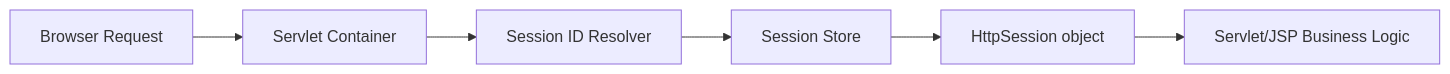
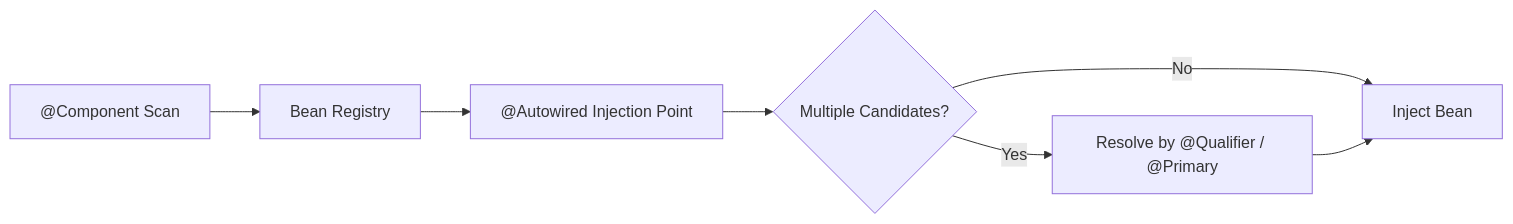
The diagram in lectures/lecture-28.qmd (prashantnag/webtech2025.classes.prashantnag.com), drawn with Mermaid before and after one commit. The commit also changed other lines of this file and 335 other files, not shown here.

````diff
--- a/lectures/lecture-28.qmd
+++ b/lectures/lecture-28.qmd
@@ -88,9 +627,9 @@
 ```{mermaid}
-%%| fig-height: 4.0
 flowchart LR
-  A[Browser Request] --> B[Servlet Container]
-  B --> C[Session ID Resolver]
-  C --> D[Session Store]
-  D --> E[HttpSession object]
-  E --> F[Servlet/JSP Business Logic]
+  A["@Component Scan"] --> B["Bean Registry"]
+  B --> C["@Autowired Injection Point"]
+  C --> D{"Multiple Candidates?"}
+  D -->|No| E["Inject Bean"]
+  D -->|Yes| F["Resolve by @Qualifier / @Primary"]
+  F --> E
 ```
````
